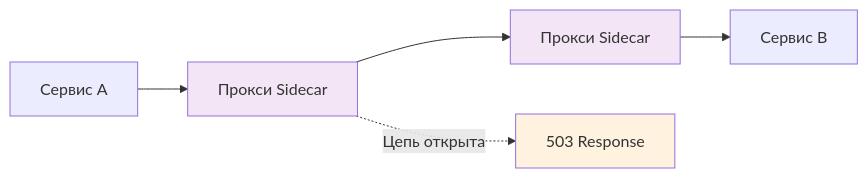
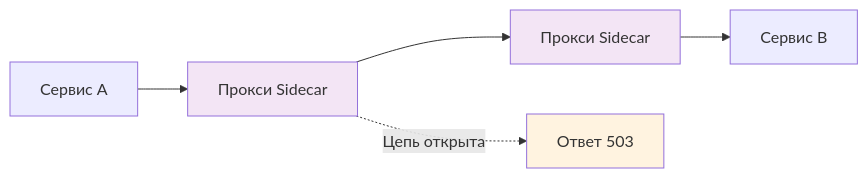
The fifth of 8 diagrams in 6_fault_tolerance/circuit_breakers_ru.md (razkevich/system_design_course), drawn with Mermaid before and after one commit. The commit also changed other lines of this file and 7 other files, not shown here.

````diff
--- a/6_fault_tolerance/circuit_breakers_ru.md
+++ b/6_fault_tolerance/circuit_breakers_ru.md
@@ -129,11 +129,11 @@
 ```mermaid
 graph LR
 A[Сервис A] --> P1[Прокси Sidecar]
 P1 --> P2[Прокси Sidecar]
 P2 --> B[Сервис B]
-P1 -.->|Цепь открыта| FB[503 Response]
+P1 -.->|Цепь открыта| FB[Ответ 503]
 
 style P1 fill:#f3e5f5
 style P2 fill:#f3e5f5
 style FB fill:#fff3e0
 ```
````
